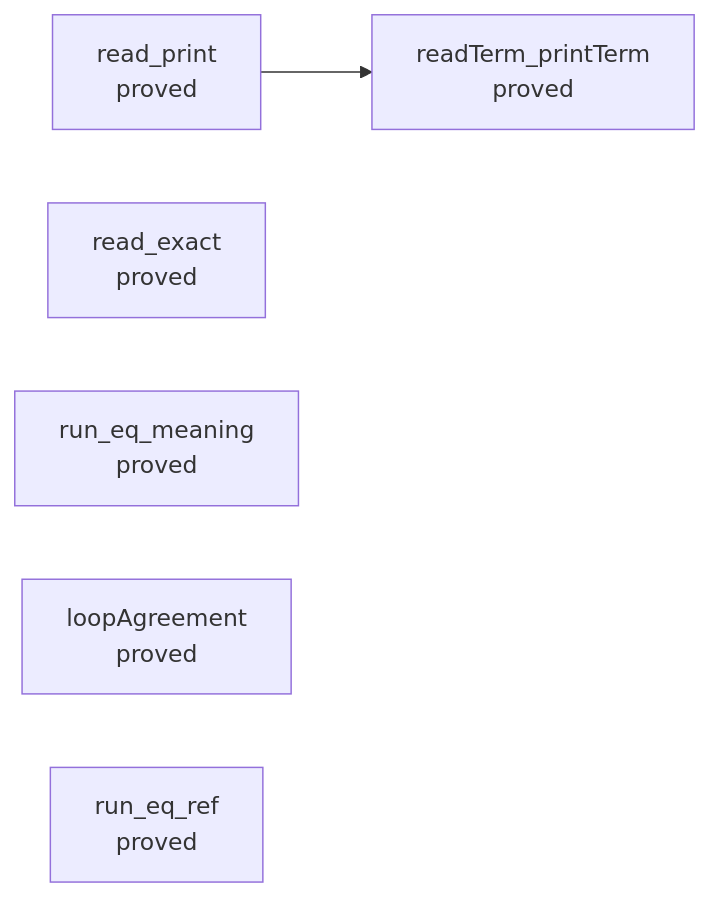
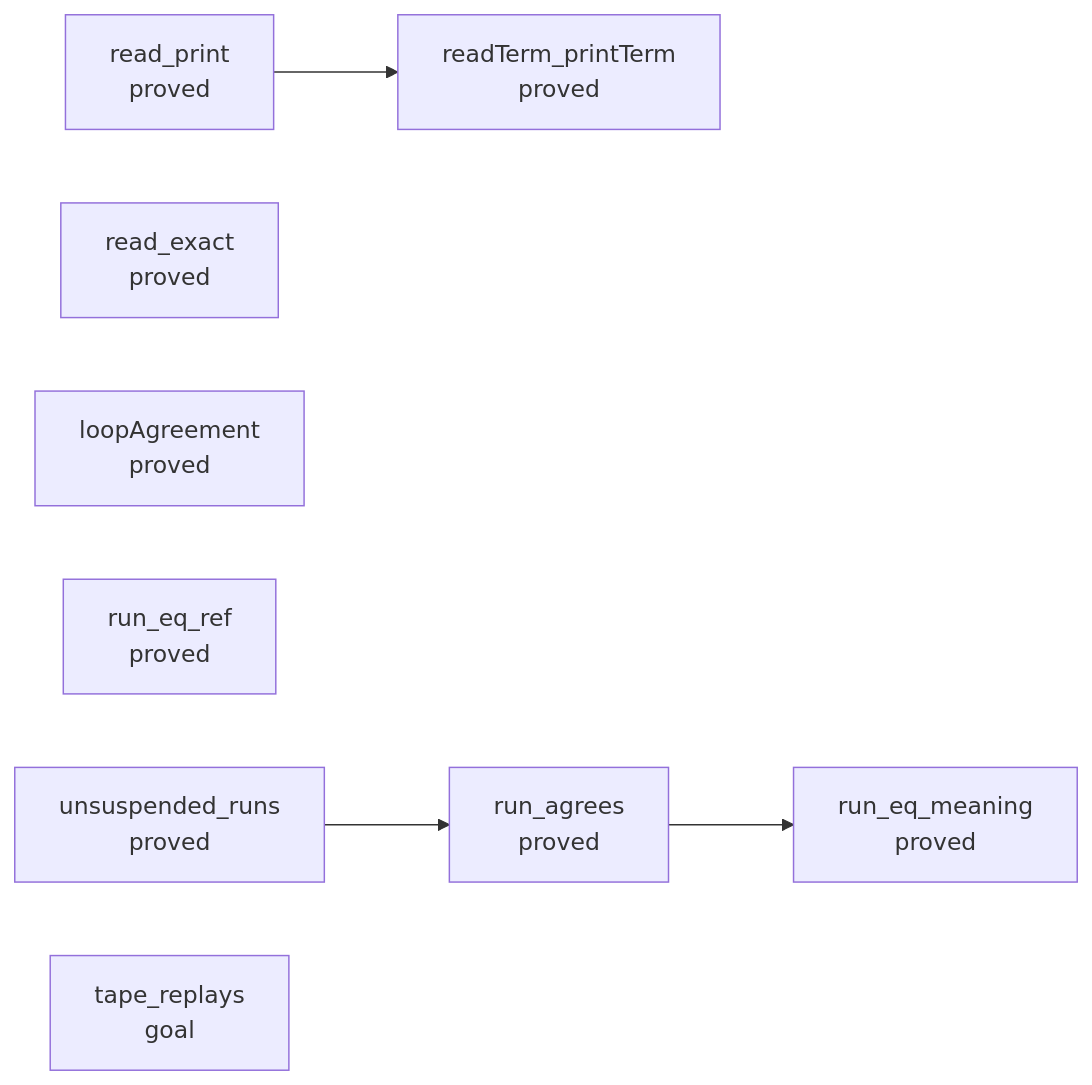
Before and after one commit to pure-algebra/lean4-effect4: the eighth of 13 diagrams in generated/semantics.md, drawn with Mermaid. The commit also changed other lines of this file and 5 other files, not shown here.

````diff
--- a/generated/semantics.md
+++ b/generated/semantics.md
@@ -2456,10 +2524,15 @@
 ```mermaid
 flowchart LR
   n0["read_print<br/>proved"]
   n1["read_exact<br/>proved"]
   n2["run_eq_meaning<br/>proved"]
   n3["loopAgreement<br/>proved"]
   n4["run_eq_ref<br/>proved"]
-  n5["readTerm_printTerm<br/>proved"]
-  n0 --> n5
+  n5["unsuspended_runs<br/>proved"]
+  n6["tape_replays<br/>goal"]
+  n7["readTerm_printTerm<br/>proved"]
+  n8["run_agrees<br/>proved"]
+  n0 --> n7
+  n5 --> n8
+  n8 --> n2
 ```
````
